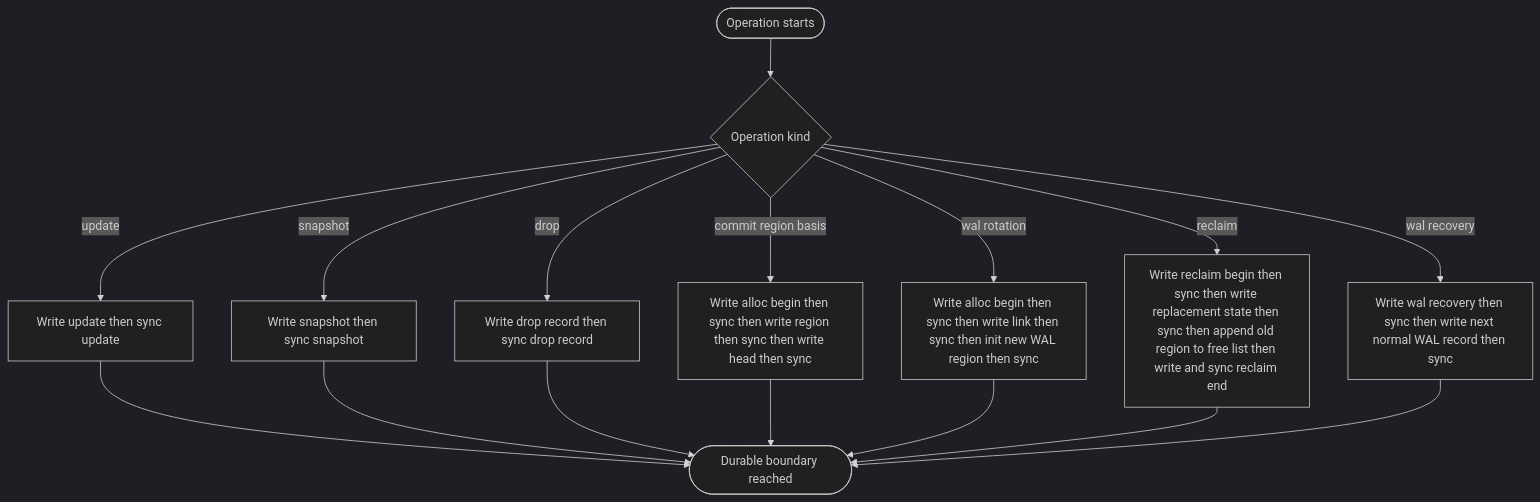
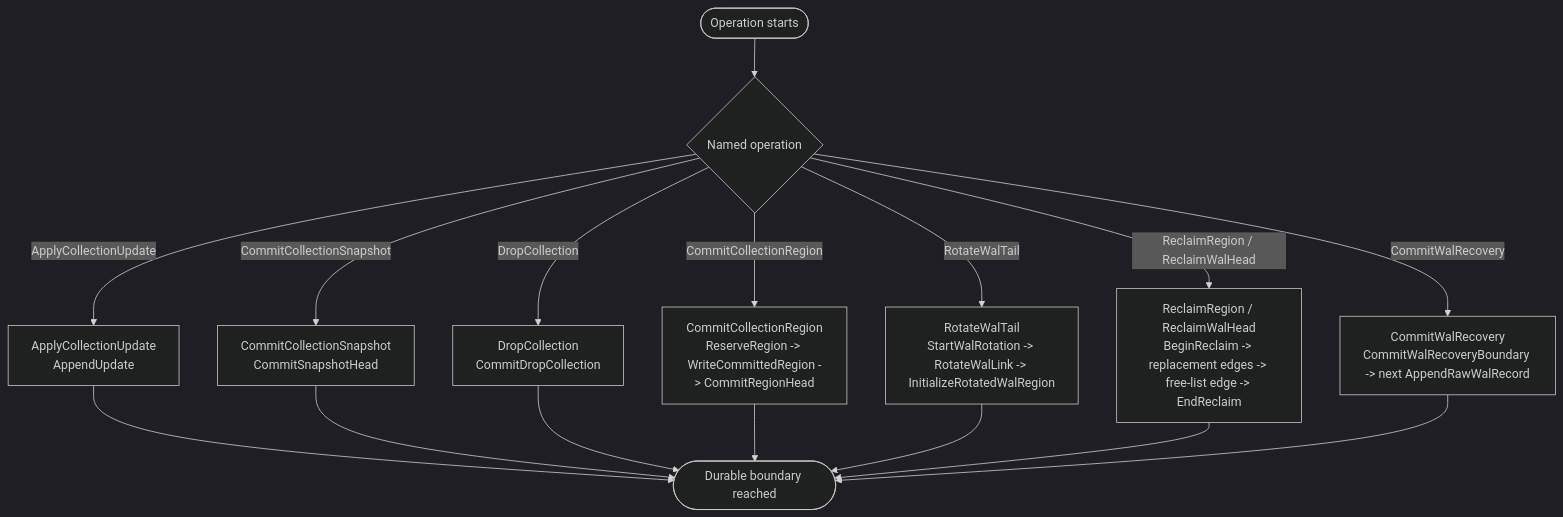
Before and after one commit to moore/borromean: the fourth of 7 diagrams in spec/ring.md, drawn with Mermaid (dark theme). The commit also changed other lines of this file and 1 other file, not shown here.

````diff
--- a/spec/ring.md
+++ b/spec/ring.md
@@ -2284,23 +2330,30 @@
 ```mermaid
 %%{init: {"flowchart": {"wrappingWidth": 180}} }%%
 flowchart TD
     Request([Operation starts])
-    Kind{"`Operation kind`"}
-    Update["`Write update then sync update`"]
-    Snapshot["`Write snapshot then sync snapshot`"]
-    Drop["`Write drop record then sync drop record`"]
-    RegionCommit["`Write alloc begin then sync then write region then sync then write head then sync`"]
-    Rotation["`Write alloc begin then sync then write link then sync then init new WAL region then sync`"]
-    Reclaim["`Write reclaim begin then sync then write replacement state then sync then append old region to free list then write and sync reclaim end`"]
-    Recovery["`Write wal recovery then sync then write next normal WAL record then sync`"]
+    Kind{"`Named operation`"}
+    Update["`ApplyCollectionUpdate
+AppendUpdate`"]
+    Snapshot["`CommitCollectionSnapshot
+CommitSnapshotHead`"]
+    Drop["`DropCollection
+CommitDropCollection`"]
+    RegionCommit["`CommitCollectionRegion
+ReserveRegion -> WriteCommittedRegion -> CommitRegionHead`"]
+    Rotation["`RotateWalTail
+StartWalRotation -> RotateWalLink -> InitializeRotatedWalRegion`"]
+    Reclaim["`ReclaimRegion / ReclaimWalHead
+BeginReclaim -> replacement edges -> free-list edge -> EndReclaim`"]
+    Recovery["`CommitWalRecovery
+CommitWalRecoveryBoundary -> next AppendRawWalRecord`"]
     Durable([Durable boundary reached])
 
     Request --> Kind
-    Kind -->|update| Update --> Durable
-    Kind -->|snapshot| Snapshot --> Durable
-    Kind -->|drop| Drop --> Durable
-    Kind -->|commit region basis| RegionCommit --> Durable
-    Kind -->|wal rotation| Rotation --> Durable
-    Kind -->|reclaim| Reclaim --> Durable
-    Kind -->|wal recovery| Recovery --> Durable
+    Kind -->|ApplyCollectionUpdate| Update --> Durable
+    Kind -->|CommitCollectionSnapshot| Snapshot --> Durable
+    Kind -->|DropCollection| Drop --> Durable
+    Kind -->|CommitCollectionRegion| RegionCommit --> Durable
+    Kind -->|RotateWalTail| Rotation --> Durable
+    Kind -->|ReclaimRegion / ReclaimWalHead| Reclaim --> Durable
+    Kind -->|CommitWalRecovery| Recovery --> Durable
 ```
````
